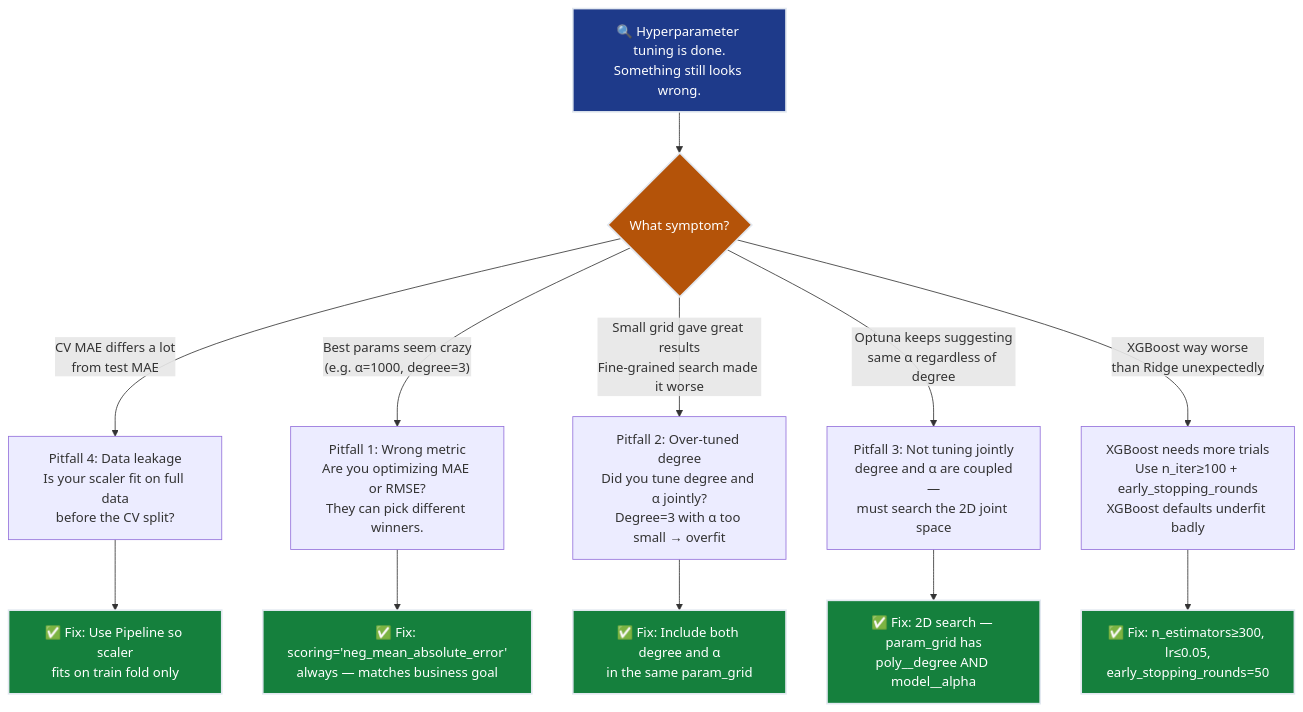
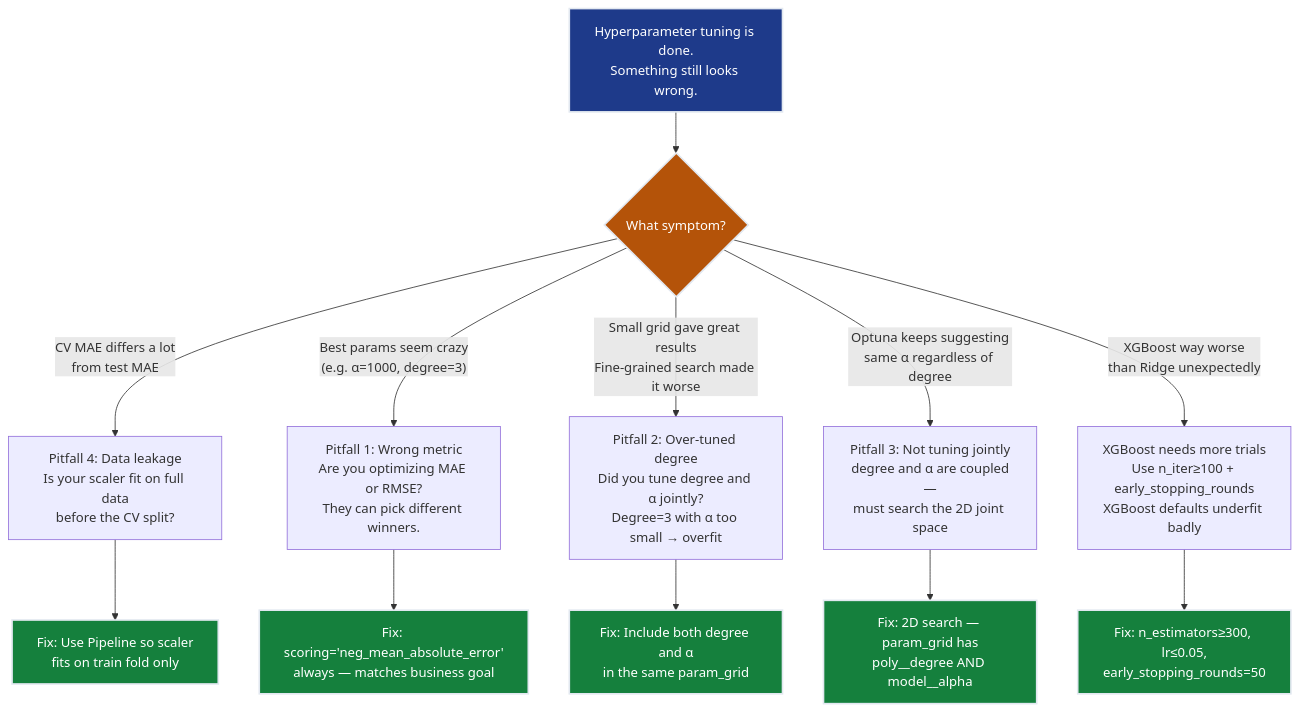
The third of 4 diagrams in notes/01-ml/01-regression/ch07_hyperparameter_tuning/README.md (dsgouda7/ai-portfolio), drawn with Mermaid before and after one commit. The commit also changed other lines of this file and 179 other files, not shown here.

````diff
--- a/notes/01-ml/01-regression/ch07_hyperparameter_tuning/README.md
+++ b/notes/01-ml/01-regression/ch07_hyperparameter_tuning/README.md
@@ -524,24 +524,24 @@
 ```mermaid
 flowchart TD
-    START["🔍 Hyperparameter tuning is done.<br/>Something still looks wrong."] --> Q1{"What symptom?"}
+ START[" Hyperparameter tuning is done.<br/>Something still looks wrong."] --> Q1{"What symptom?"}
 
-    Q1 -->|"CV MAE differs a lot<br/>from test MAE"| LEAK["Pitfall 4: Data leakage<br/>Is your scaler fit on full data<br/>before the CV split?"]
-    Q1 -->|"Best params seem crazy<br/>(e.g. α=1000, degree=3)"| METRIC["Pitfall 1: Wrong metric<br/>Are you optimizing MAE or RMSE?<br/>They can pick different winners."]
-    Q1 -->|"Small grid gave great results<br/>Fine-grained search made it worse"| OVERTUNE["Pitfall 2: Over-tuned degree<br/>Did you tune degree and α jointly?<br/>Degree=3 with α too small → overfit"]
-    Q1 -->|"Optuna keeps suggesting<br/>same α regardless of degree"| JOINT["Pitfall 3: Not tuning jointly<br/>degree and α are coupled—<br/>must search the 2D joint space"]
-    Q1 -->|"XGBoost way worse<br/>than Ridge unexpectedly"| XGBWARN["XGBoost needs more trials<br/>Use n_iter≥100 + early_stopping_rounds<br/>XGBoost defaults underfit badly"]
+ Q1 -->|"CV MAE differs a lot<br/>from test MAE"| LEAK["Pitfall 4: Data leakage<br/>Is your scaler fit on full data<br/>before the CV split?"]
+ Q1 -->|"Best params seem crazy<br/>(e.g. α=1000, degree=3)"| METRIC["Pitfall 1: Wrong metric<br/>Are you optimizing MAE or RMSE?<br/>They can pick different winners."]
+ Q1 -->|"Small grid gave great results<br/>Fine-grained search made it worse"| OVERTUNE["Pitfall 2: Over-tuned degree<br/>Did you tune degree and α jointly?<br/>Degree=3 with α too small → overfit"]
+ Q1 -->|"Optuna keeps suggesting<br/>same α regardless of degree"| JOINT["Pitfall 3: Not tuning jointly<br/>degree and α are coupled—<br/>must search the 2D joint space"]
+ Q1 -->|"XGBoost way worse<br/>than Ridge unexpectedly"| XGBWARN["XGBoost needs more trials<br/>Use n_iter≥100 + early_stopping_rounds<br/>XGBoost defaults underfit badly"]
 
-    LEAK --> FIX_LEAK["✅ Fix: Use Pipeline so scaler<br/>fits on train fold only"]
-    METRIC --> FIX_METRIC["✅ Fix: scoring='neg_mean_absolute_error'<br/>always — matches business goal"]
-    OVERTUNE --> FIX_OVERTUNE["✅ Fix: Include both degree and α<br/>in the same param_grid"]
-    JOINT --> FIX_JOINT["✅ Fix: 2D search — param_grid has<br/>poly__degree AND model__alpha"]
-    XGBWARN --> FIX_XGB["✅ Fix: n_estimators≥300, lr≤0.05,<br/>early_stopping_rounds=50"]
+ LEAK --> FIX_LEAK[" Fix: Use Pipeline so scaler<br/>fits on train fold only"]
+ METRIC --> FIX_METRIC[" Fix: scoring='neg_mean_absolute_error'<br/>always — matches business goal"]
+ OVERTUNE --> FIX_OVERTUNE[" Fix: Include both degree and α<br/>in the same param_grid"]
+ JOINT --> FIX_JOINT[" Fix: 2D search — param_grid has<br/>poly__degree AND model__alpha"]
+ XGBWARN --> FIX_XGB[" Fix: n_estimators≥300, lr≤0.05,<br/>early_stopping_rounds=50"]
 
-    style START fill:#1e3a8a,stroke:#e2e8f0,stroke-width:2px,color:#ffffff
-    style Q1 fill:#b45309,stroke:#e2e8f0,stroke-width:2px,color:#ffffff
-    style FIX_LEAK fill:#15803d,stroke:#e2e8f0,stroke-width:2px,color:#ffffff
-    style FIX_METRIC fill:#15803d,stroke:#e2e8f0,stroke-width:2px,color:#ffffff
-    style FIX_OVERTUNE fill:#15803d,stroke:#e2e8f0,stroke-width:2px,color:#ffffff
-    style FIX_JOINT fill:#15803d,stroke:#e2e8f0,stroke-width:2px,color:#ffffff
-    style FIX_XGB fill:#15803d,stroke:#e2e8f0,stroke-width:2px,color:#ffffff
+ style START fill:#1e3a8a,stroke:#e2e8f0,stroke-width:2px,color:#ffffff
+ style Q1 fill:#b45309,stroke:#e2e8f0,stroke-width:2px,color:#ffffff
+ style FIX_LEAK fill:#15803d,stroke:#e2e8f0,stroke-width:2px,color:#ffffff
+ style FIX_METRIC fill:#15803d,stroke:#e2e8f0,stroke-width:2px,color:#ffffff
+ style FIX_OVERTUNE fill:#15803d,stroke:#e2e8f0,stroke-width:2px,color:#ffffff
+ style FIX_JOINT fill:#15803d,stroke:#e2e8f0,stroke-width:2px,color:#ffffff
+ style FIX_XGB fill:#15803d,stroke:#e2e8f0,stroke-width:2px,color:#ffffff
 ```
````
